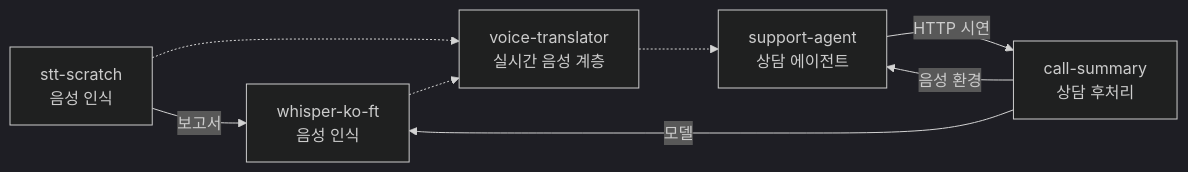
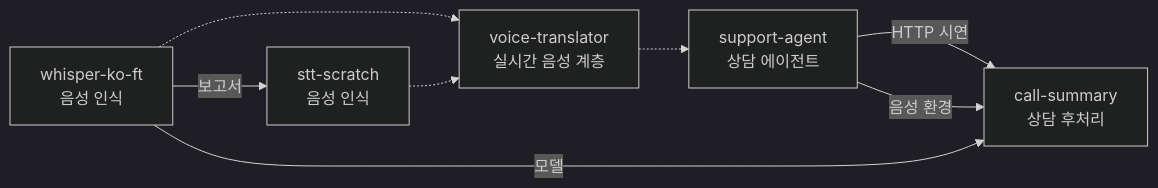
The diagram in README.md (hyeonbin123/korean-voice-ai), drawn with Mermaid (dark theme) before and after one commit. The commit also changed other lines of this file and 3 other files, not shown here.

````diff
--- a/README.md
+++ b/README.md
@@ -16,15 +15,15 @@
 ```mermaid
 flowchart LR
+    whisper["whisper-ko-ft<br/>음성 인식"]
     stt["stt-scratch<br/>음성 인식"]
-    whisper["whisper-ko-ft<br/>음성 인식"]
     voice["voice-translator<br/>실시간 음성 계층"]
     agent["support-agent<br/>상담 에이전트"]
     summary["call-summary<br/>상담 후처리"]
-    stt -->|"보고서"| whisper
+    whisper -.-> voice
     stt -.-> voice
-    whisper -.-> voice
     voice -.-> agent
     agent -->|"HTTP 시연"| summary
-    summary -->|"음성 환경"| agent
-    summary -->|"모델"| whisper
+    whisper -->|"보고서"| stt
+    whisper -->|"모델"| summary
+    agent -->|"음성 환경"| summary
 ```
````
